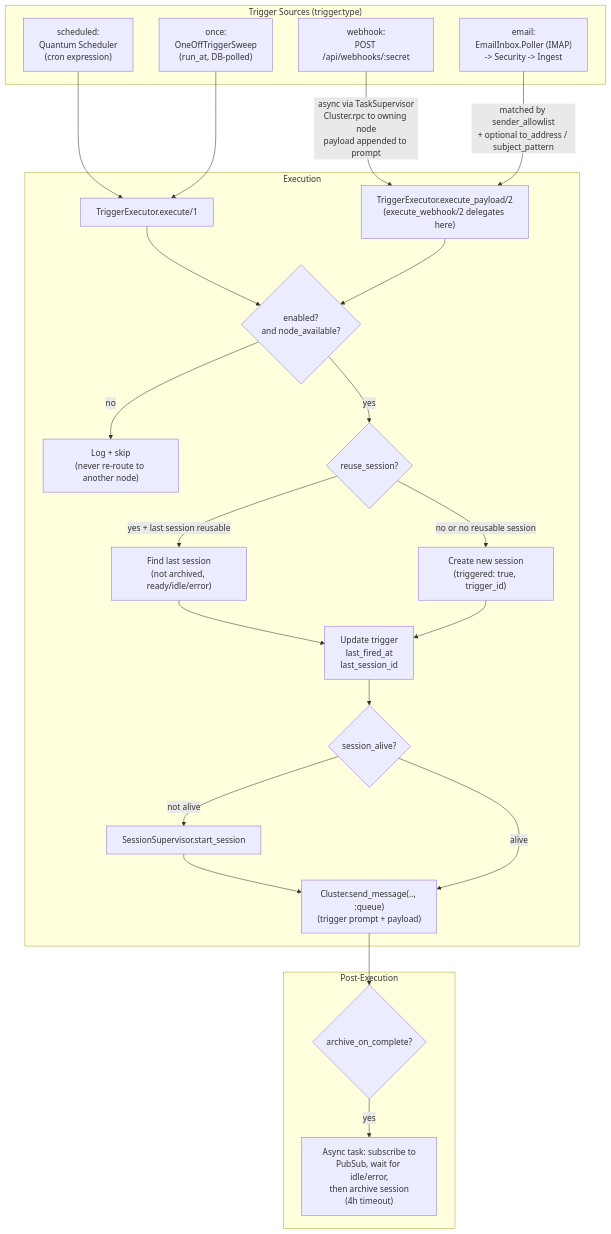
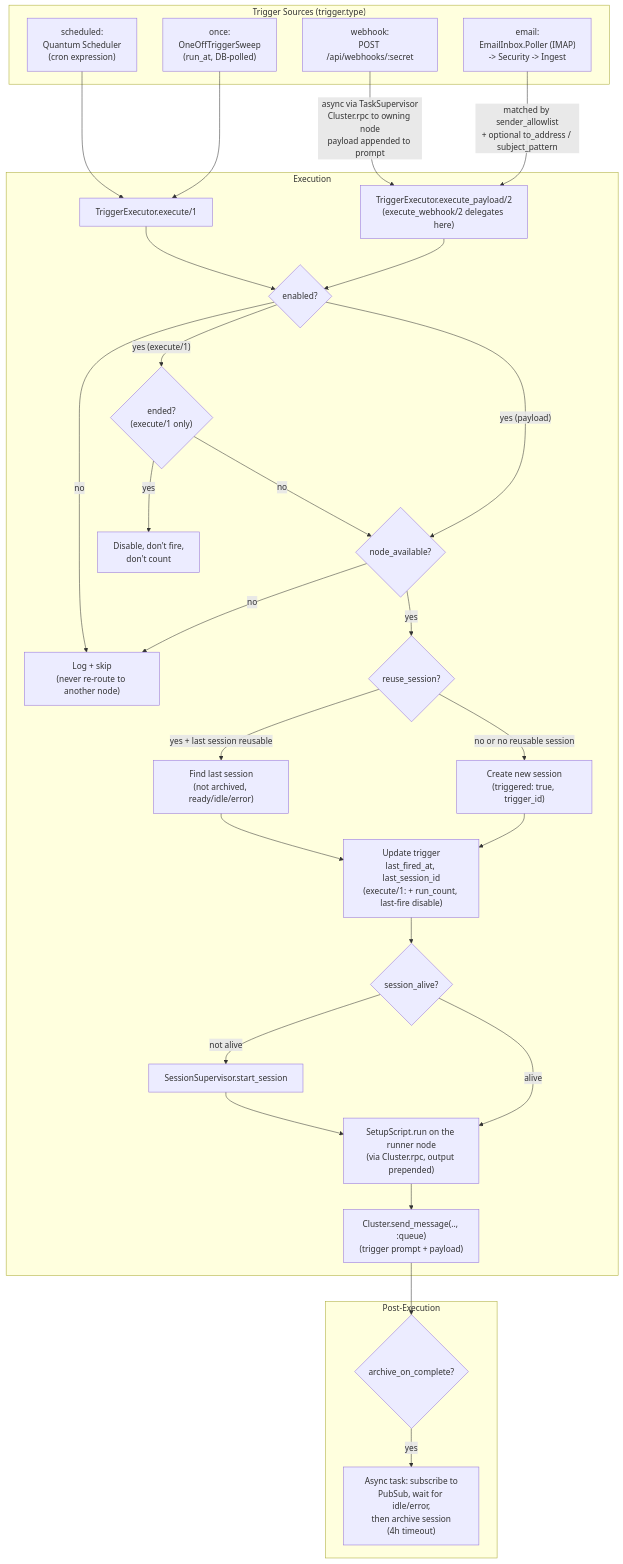
The first of 2 diagrams in .context/triggers.md (zingbretsen/orca_hub), drawn with Mermaid before and after one commit. The commit also changed other lines of this file and 5 other files, not shown here.

````diff
--- a/.context/triggers.md
+++ b/.context/triggers.md
@@ -3,48 +3,58 @@
 ```mermaid
 flowchart TB
     subgraph Sources["Trigger Sources (trigger.type)"]
         Cron["scheduled:\nQuantum Scheduler\n(cron expression)"]
         Once["once:\nOneOffTriggerSweep\n(run_at, DB-polled)"]
         Webhook["webhook:\nPOST /api/webhooks/:secret"]
         Email["email:\nEmailInbox.Poller (IMAP)\n-> Security -> Ingest"]
     end
 
     subgraph Execution
         ExecuteCron["TriggerExecutor.execute/1"]
         ExecutePayload["TriggerExecutor.execute_payload/2\n(execute_webhook/2 delegates here)"]
-        EnabledCheck{"enabled?\nand node_available?"}
+        EnabledCheck{"enabled?"}
+        EndedCheck{"ended?\n(execute/1 only)"}
+        Disable["Disable, don't fire,\ndon't count"]
+        NodeCheck{"node_available?"}
         Skip["Log + skip\n(never re-route to another node)"]
         Resolve{"reuse_session?"}
         Reuse["Find last session\n(not archived, ready/idle/error)"]
         Create["Create new session\n(triggered: true, trigger_id)"]
-        Update["Update trigger\nlast_fired_at\nlast_session_id"]
+        Update["Update trigger\nlast_fired_at, last_session_id\n(execute/1: + run_count, last-fire disable)"]
         StartCheck{"session_alive?"}
         Start["SessionSupervisor.start_session"]
+        Setup["SetupScript.run on the runner node\n(via Cluster.rpc, output prepended)"]
         Send["Cluster.send_message(.., :queue)\n(trigger prompt + payload)"]
     end
 
     subgraph Cleanup["Post-Execution"]
         Archive{"archive_on_complete?"}
         ArchiveTask["Async task: subscribe to\nPubSub, wait for idle/error,\nthen archive session\n(4h timeout)"]
     end
 
     Cron --> ExecuteCron
     Once --> ExecuteCron
     Webhook -->|"async via TaskSupervisor\nCluster.rpc to owning node\npayload appended to prompt"| ExecutePayload
     Email -->|"matched by sender_allowlist\n+ optional to_address / subject_pattern"| ExecutePayload
 
     ExecuteCron --> EnabledCheck
     ExecutePayload --> EnabledCheck
     EnabledCheck -->|no| Skip
-    EnabledCheck -->|yes| Resolve
+    EnabledCheck -->|"yes (execute/1)"| EndedCheck
+    EnabledCheck -->|"yes (payload)"| NodeCheck
+    EndedCheck -->|yes| Disable
+    EndedCheck -->|no| NodeCheck
+    NodeCheck -->|no| Skip
+    NodeCheck -->|yes| Resolve
     Resolve -->|yes + last session reusable| Reuse
     Resolve -->|no or no reusable session| Create
     Reuse --> Update
     Create --> Update
     Update --> StartCheck
-    StartCheck -->|not alive| Start --> Send
-    StartCheck -->|alive| Send
+    StartCheck -->|not alive| Start --> Setup
+    StartCheck -->|alive| Setup
+    Setup --> Send
 
     Send --> Archive
     Archive -->|yes| ArchiveTask
 ```
````
